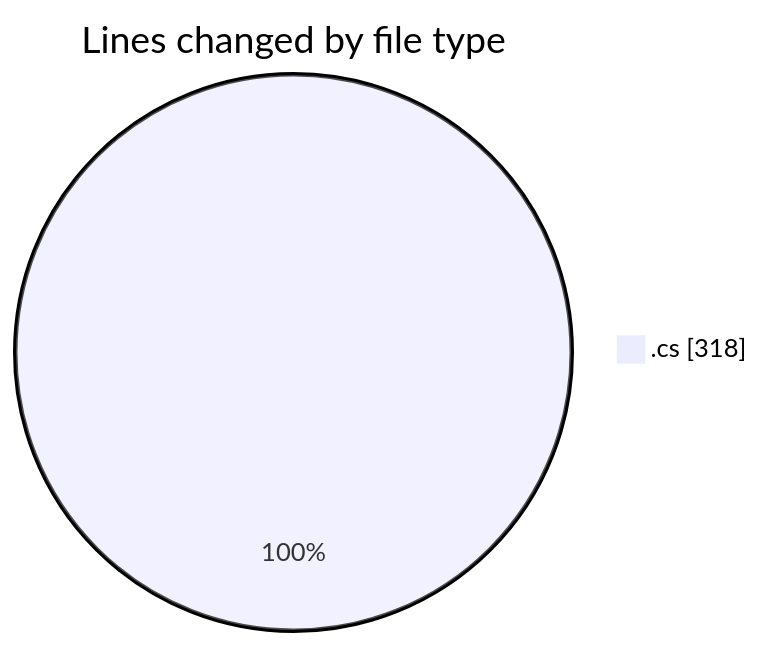
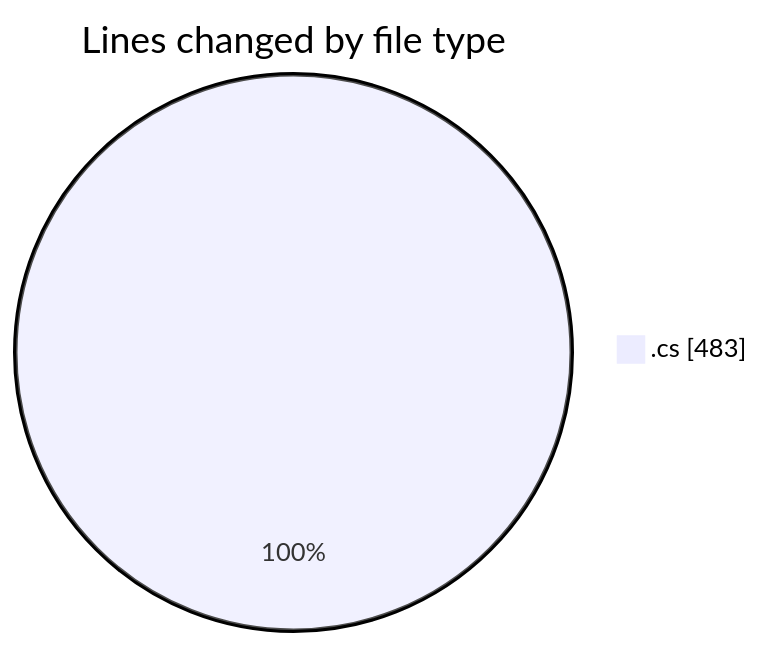
One commit to Netris89/code-tracking changed the first of 2 diagrams in 2025-03-27/back-end/README.md. Above: the diagram before and after it, drawn with Mermaid. The commit also changed other lines of this file and 1 other file, not shown here.

````diff
--- a/2025-03-27/back-end/README.md
+++ b/2025-03-27/back-end/README.md
@@ -26,5 +28,5 @@
 ```mermaid
 pie showData
 title Lines changed by file type
-".cs" : 318
+".cs" : 483
 ```
````
